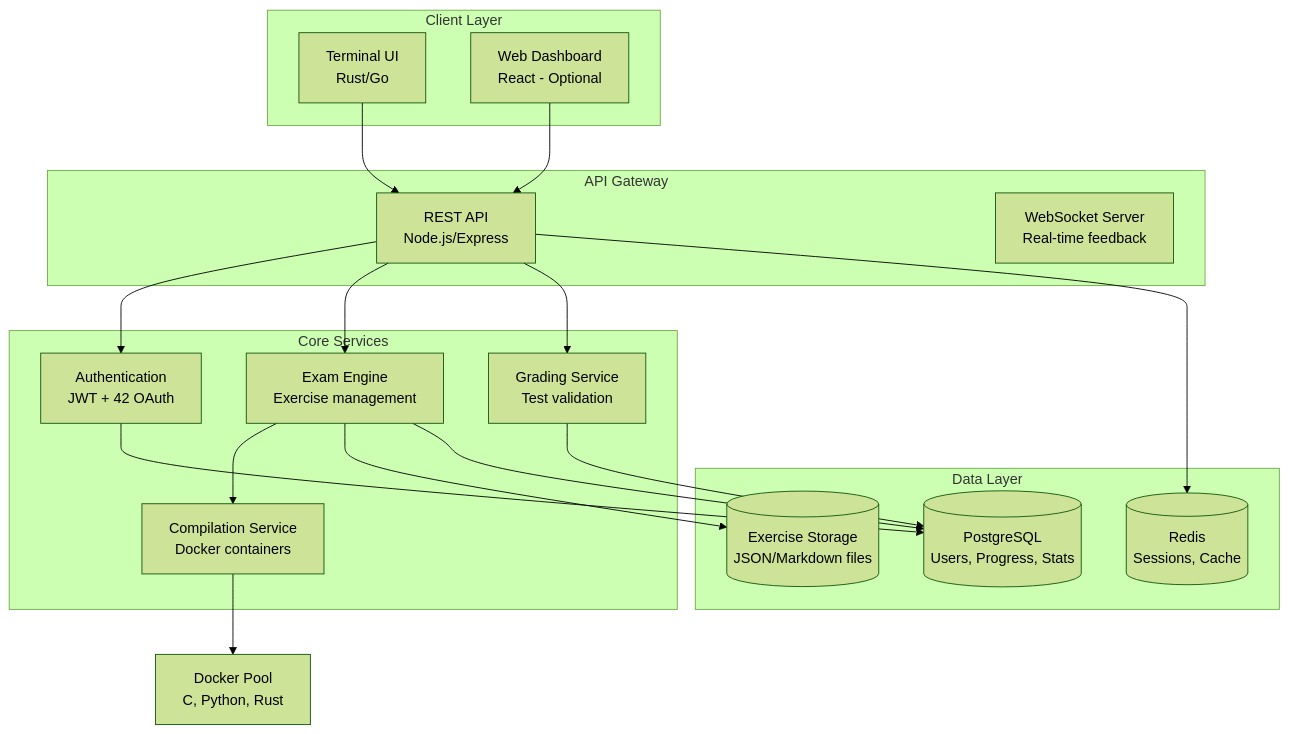
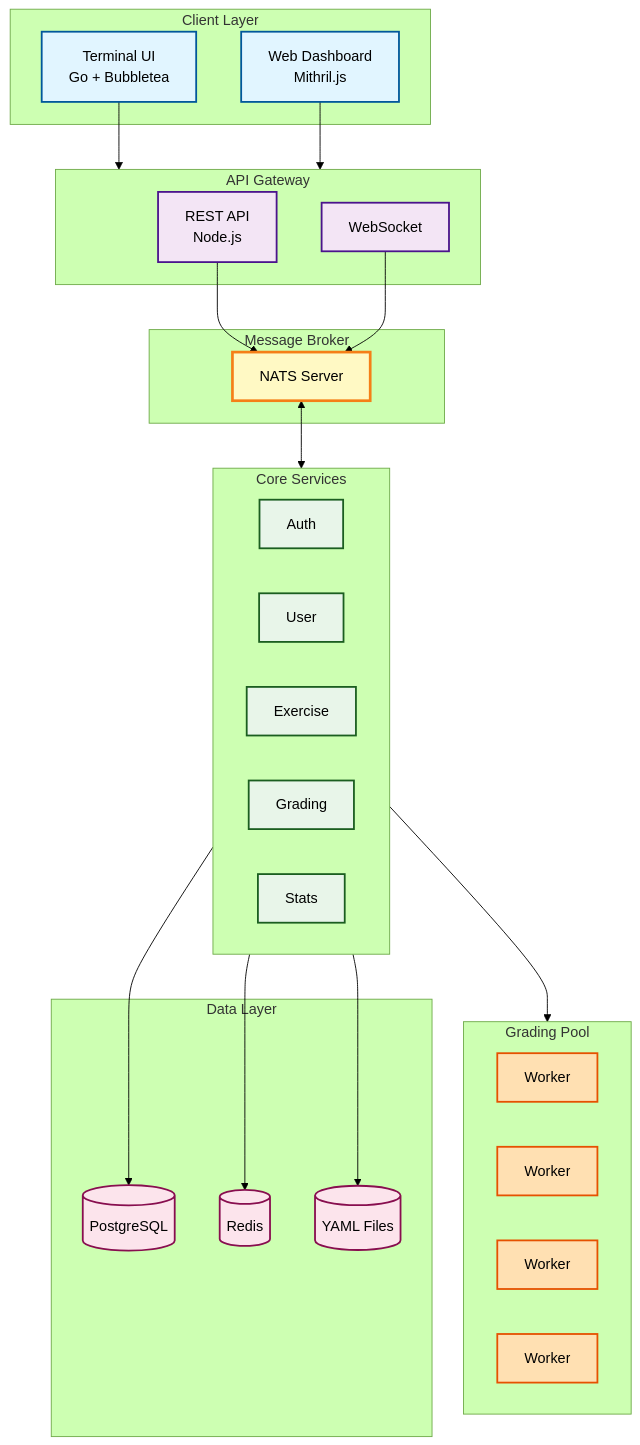
Before and after one commit to Tutors42Lyon/Mithril: the first of 3 diagrams in docs/architecture/overview.md, drawn with Mermaid (forest theme). The commit also changed 34 other files, not shown here.

Commit message:
docs: rework architecture diagram

````diff
--- a/docs/architecture/overview.md
+++ b/docs/architecture/overview.md
@@ -10,38 +10,61 @@
 ```mermaid
 graph TB
-    subgraph "Client Layer"
-        TUI[Terminal UI<br/>Rust/Go]
-        WEB[Web Dashboard<br/>React - Optional]
+    %% Styling
+    classDef client fill:#e1f5ff,stroke:#01579b,stroke-width:2px
+    classDef gateway fill:#f3e5f5,stroke:#4a148c,stroke-width:2px
+    classDef broker fill:#fff9c4,stroke:#f57f17,stroke-width:3px
+    classDef service fill:#e8f5e9,stroke:#1b5e20,stroke-width:2px
+    classDef worker fill:#ffe0b2,stroke:#e65100,stroke-width:2px
+    classDef storage fill:#fce4ec,stroke:#880e4f,stroke-width:2px
+
+    subgraph CLIENT["Client Layer"]
+        TUI[Terminal UI<br/>Go + Bubbletea]:::client
+        WEB[Web Dashboard<br/>Mithril.js]:::client
     end
     
-    subgraph "API Gateway"
-        GW[REST API<br/>Node.js/Express]
-        WS[WebSocket Server<br/>Real-time feedback]
+    subgraph GATEWAY["API Gateway"]
+        GW[REST API<br/>Node.js]:::gateway
+        WS[WebSocket]:::gateway
     end
     
-    subgraph "Core Services"
-        AUTH[Authentication<br/>JWT + 42 OAuth]
-        EXAM[Exam Engine<br/>Exercise management]
-        COMPILE[Compilation Service<br/>Docker containers]
-        GRADE[Grading Service<br/>Test validation]
+    subgraph BROKER["Message Broker"]
+        NATS[NATS Server]:::broker
     end
     
-    subgraph "Data Layer"
-        DB[(PostgreSQL<br/>Users, Progress, Stats)]
-        REDIS[(Redis<br/>Sessions, Cache)]
-        EXERCISES[(Exercise Storage<br/>JSON/Markdown files)]
+    subgraph SERVICES["Core Services"]
+        direction LR
+        AUTH[Auth]:::service
+        USER[User]:::service
+        EXERCISE[Exercise]:::service
+        GRADING[Grading]:::service
+        STATS[Stats]:::service
     end
     
-    TUI --> GW
-    WEB --> GW
-    GW --> AUTH
-    GW --> EXAM
-    GW --> GRADE
-    EXAM --> COMPILE
-    EXAM --> EXERCISES
-    AUTH --> DB
-    EXAM --> DB
-    GRADE --> DB
-    GW --> REDIS
-    COMPILE --> Docker[Docker Pool<br/>C, Python, Rust]
+    subgraph POOL["Grading Pool"]
+        direction LR
+        W1[Worker]:::worker
+        W2[Worker]:::worker
+        W3[Worker]:::worker
+        W4[Worker]:::worker
+    end
+    
+    subgraph DATA["Data Layer"]
+        DB[(PostgreSQL)]:::storage
+        REDIS[(Redis)]:::storage
+        FILES[(YAML Files)]:::storage
+    end
+    
+    %% Connections
+    TUI --> GATEWAY
+    WEB --> GATEWAY
+    GW --> NATS
+    WS --> NATS
+    
+    NATS <--> SERVICES
+    
+    GRADING --> POOL
+    
+    SERVICES --> DB
+    EXERCISE --> FILES
+    SERVICES --> REDIS
 ```
````
